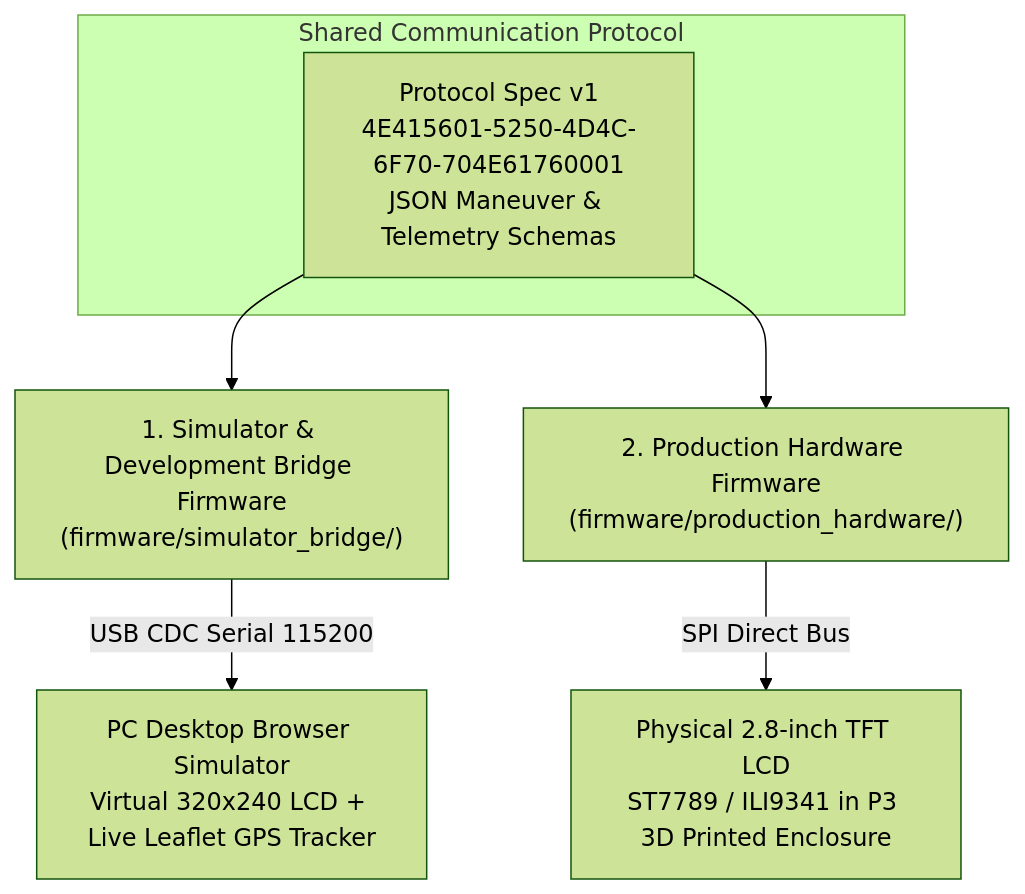
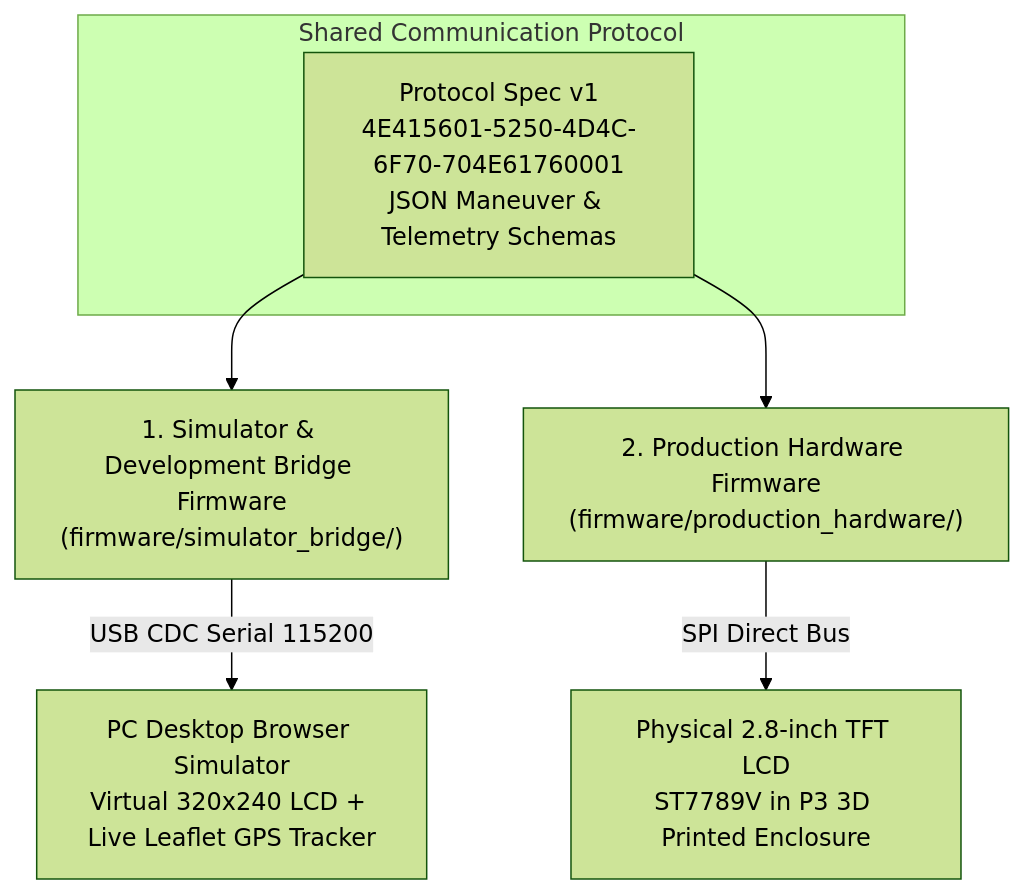
Before and after one commit to shinchan1907/rpmloop-navigator: the diagram in firmware/README.md, drawn with Mermaid (forest theme). The commit also changed other lines of this file and 12 other files, not shown here.

````diff
--- a/firmware/README.md
+++ b/firmware/README.md
@@ -9,12 +9,12 @@
 ```mermaid
 flowchart TD
     subgraph Shared Communication Protocol
         Proto["Protocol Spec v1\n4E415601-5250-4D4C-6F70-704E61760001\nJSON Maneuver & Telemetry Schemas"]
     end
 
     Proto --> Fw1["1. Simulator & Development Bridge Firmware\n(firmware/simulator_bridge/)"]
     Proto --> Fw2["2. Production Hardware Firmware\n(firmware/production_hardware/)"]
 
     Fw1 -->|USB CDC Serial 115200| PC["PC Desktop Browser Simulator\nVirtual 320x240 LCD + Live Leaflet GPS Tracker"]
-    Fw2 -->|SPI Direct Bus| LCD["Physical 2.8-inch TFT LCD\nST7789 / ILI9341 in P3 3D Printed Enclosure"]
+    Fw2 -->|SPI Direct Bus| LCD["Physical 2.8-inch TFT LCD\nST7789V in P3 3D Printed Enclosure"]
 ```
````
